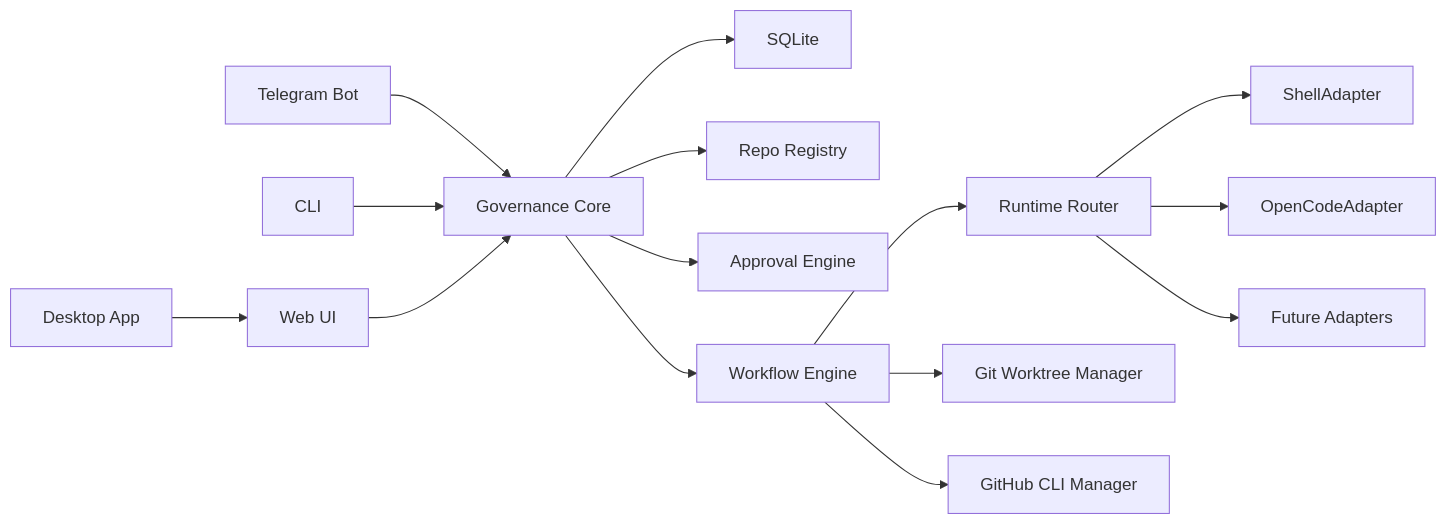
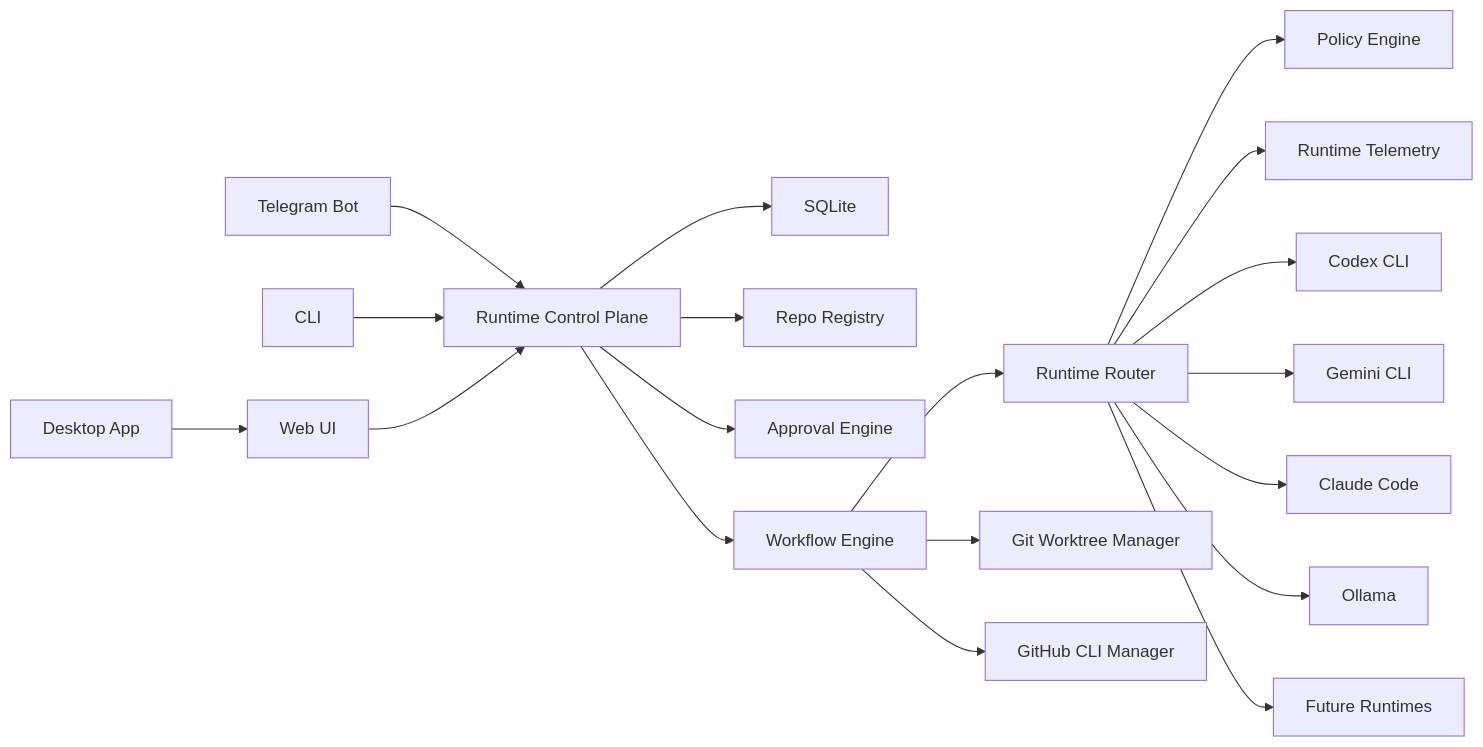
The diagram in README.md (srikanthmx/agent-governor), drawn with Mermaid before and after one commit. The commit also changed other lines of this file and 11 other files, not shown here.

Commit message:
Reframe Governor as AI runtime control plane

````diff
--- a/README.md
+++ b/README.md
@@ -9,17 +31,21 @@
 ```mermaid
 flowchart LR
-  Telegram["Telegram Bot"] --> API["Governance Core"]
+  Telegram["Telegram Bot"] --> API["Runtime Control Plane"]
   CLI["CLI"] --> API
   Web["Web UI"] --> API
   Desktop["Desktop App"] --> Web
   API --> DB["SQLite"]
   API --> Repo["Repo Registry"]
   API --> Approval["Approval Engine"]
   API --> Workflow["Workflow Engine"]
   Workflow --> Router["Runtime Router"]
-  Router --> Shell["ShellAdapter"]
-  Router --> OpenCode["OpenCodeAdapter"]
-  Router --> Future["Future Adapters"]
+  Router --> Policy["Policy Engine"]
+  Router --> Metrics["Runtime Telemetry"]
+  Router --> Codex["Codex CLI"]
+  Router --> Gemini["Gemini CLI"]
+  Router --> Claude["Claude Code"]
+  Router --> Ollama["Ollama"]
+  Router --> Future["Future Runtimes"]
   Workflow --> Worktree["Git Worktree Manager"]
   Workflow --> GitHub["GitHub CLI Manager"]
 ```
````
